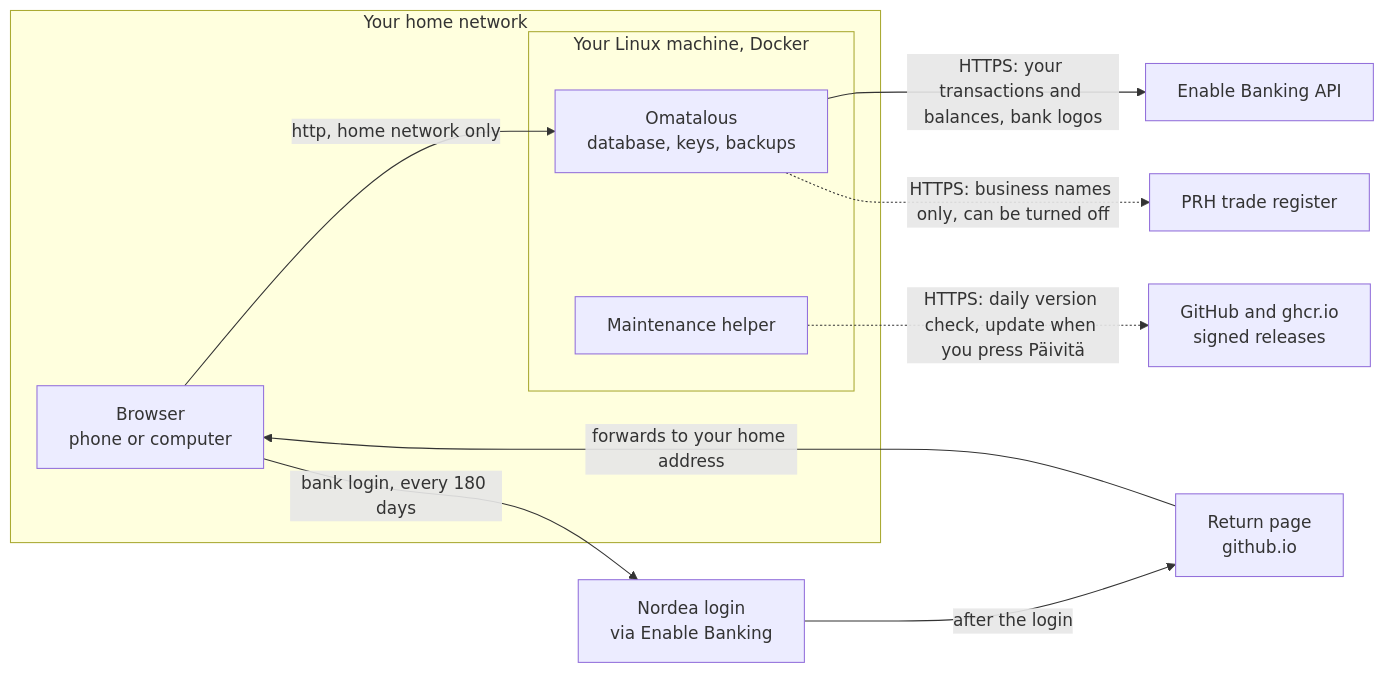
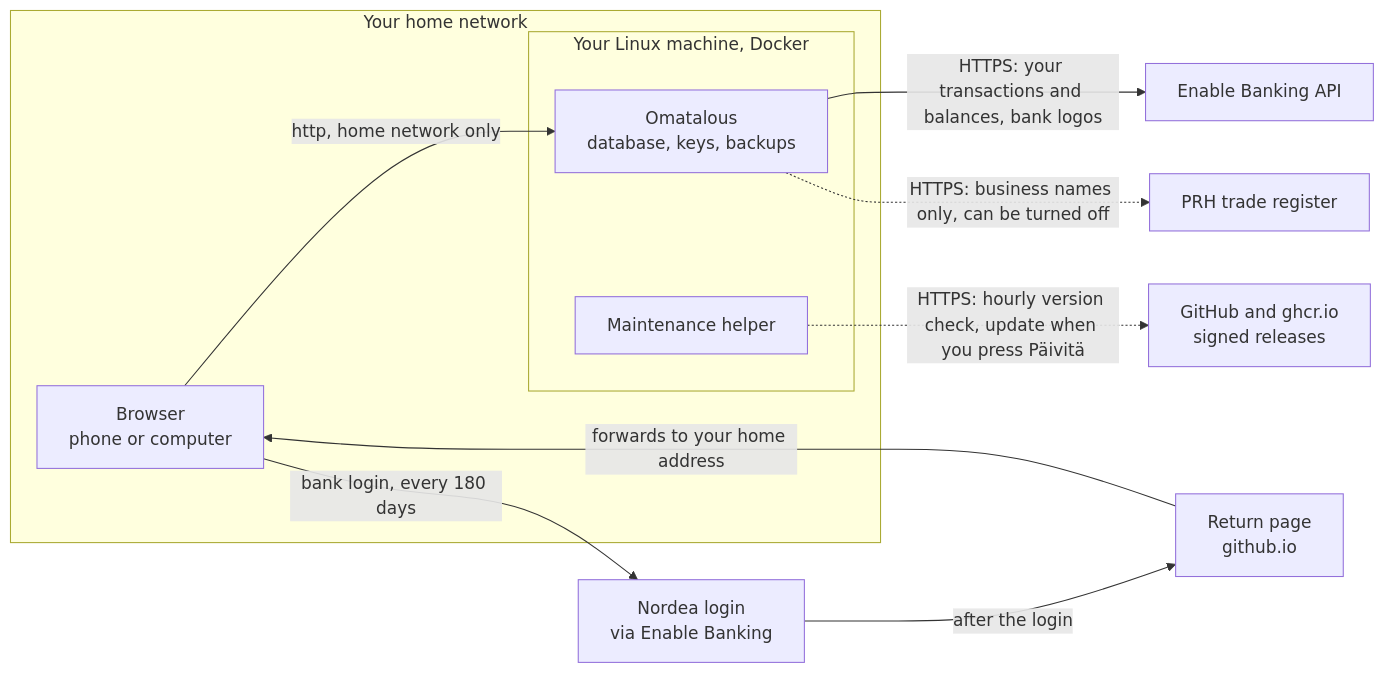
One commit to jouni-mikkola/omatalous changed the diagram in docs/SECURITY.md. Above: the diagram before and after it, drawn with Mermaid. The commit also changed other lines of this file and 75 other files, not shown here.

````diff
--- a/docs/SECURITY.md
+++ b/docs/SECURITY.md
@@ -18,17 +18,17 @@
 ```mermaid
 flowchart LR
   subgraph home["Your home network"]
     browser["Browser<br/>phone or computer"]
     subgraph machine["Your Linux machine, Docker"]
       app["Omatalous<br/>database, keys, backups"]
       helper["Maintenance helper"]
     end
   end
   browser -->|"http, home network only"| app
   app -->|"HTTPS: your transactions and balances, bank logos"| eb["Enable Banking API"]
   app -.->|"HTTPS: business names only, can be turned off"| prh["PRH trade register"]
-  helper -.->|"HTTPS: daily version check, update when you press Päivitä"| gh["GitHub and ghcr.io<br/>signed releases"]
+  helper -.->|"HTTPS: hourly version check, update when you press Päivitä"| gh["GitHub and ghcr.io<br/>signed releases"]
   browser -->|"bank login, every 180 days"| bank["Nordea login<br/>via Enable Banking"]
   bank -->|"after the login"| relay["Return page<br/>github.io"]
   relay -->|"forwards to your home address"| browser
 ```
````
